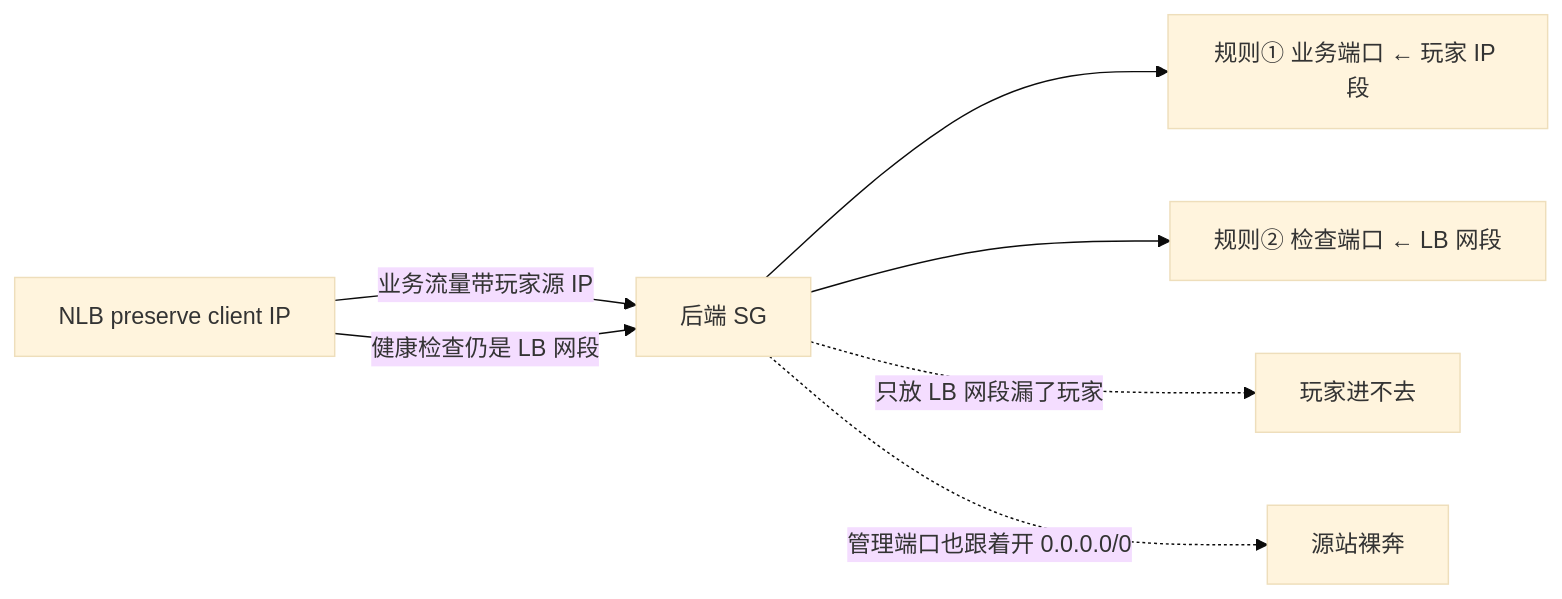
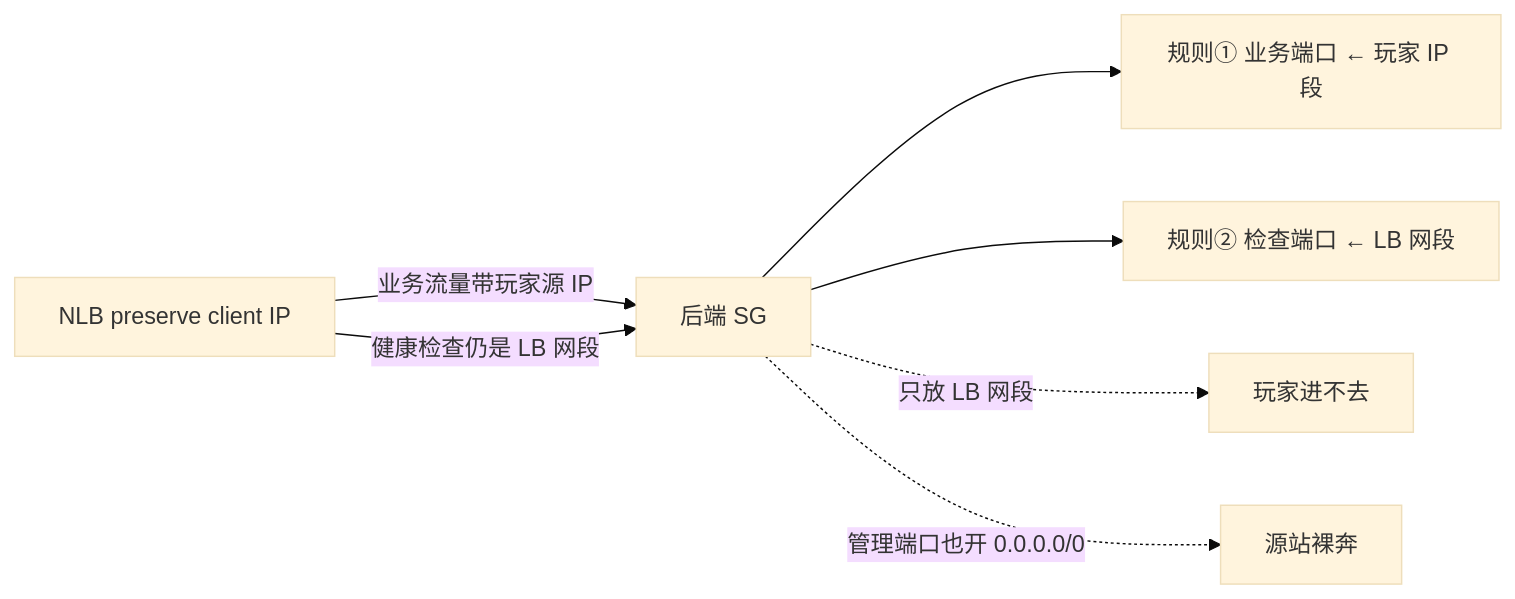
One commit to ml-cuizijun/LearnToLilith changed the eighth of 11 diagrams in 06-云平台/01-云网络与安全/知识点.md. Above: the diagram before and after it, drawn with Mermaid (base theme). The commit also changed other lines of this file and 178 other files, not shown here.

````diff
--- a/06-云平台/01-云网络与安全/知识点.md
+++ b/06-云平台/01-云网络与安全/知识点.md
@@ -336,9 +338,9 @@
 ```mermaid
 flowchart LR
     LB["NLB preserve client IP"] -->|业务流量带玩家源 IP| ECS["后端 SG"]
     LB -->|健康检查仍是 LB 网段| ECS
     ECS --> R1["规则① 业务端口 ← 玩家 IP 段"]
     ECS --> R2["规则② 检查端口 ← LB 网段"]
-    ECS -.->|只放 LB 网段漏了玩家| MISS["玩家进不去"]
-    ECS -.->|管理端口也跟着开 0.0.0.0/0| LEAK["源站裸奔"]
+    ECS -.->|只放 LB 网段| MISS["玩家进不去"]
+    ECS -.->|管理端口也开 0.0.0.0/0| LEAK["源站裸奔"]
 ```
````
